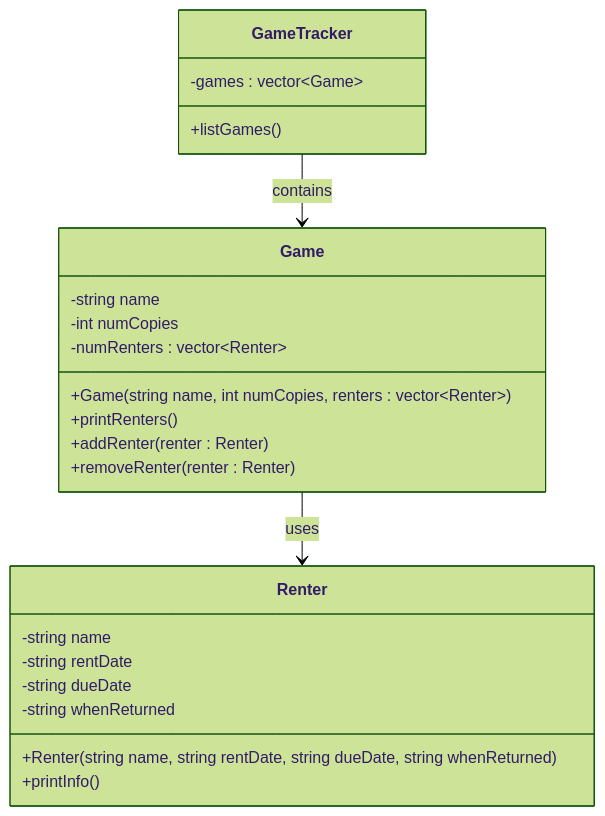
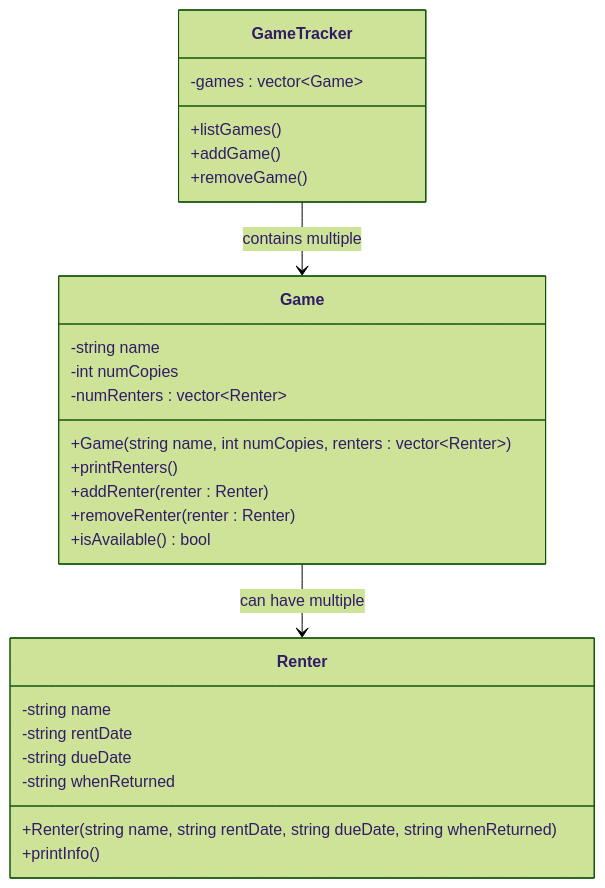
Before and after one commit to IsaacFredricks/cpsc2376-fredricks: the diagram in practice/practice11/design.md, drawn with Mermaid (forest theme). The commit also changed other lines of this file, not shown here.

Commit message:
Update design.md added some functions to practice 11

````diff
--- a/practice/practice11/design.md
+++ b/practice/practice11/design.md
@@ -49,33 +52,37 @@
 ```mermaid
 classDiagram
     class GameTracker {
         -games : vector~Game~
 
         +listGames()
+        +addGame()
+        +removeGame()
     }
 
     class Game {
         -string name
         -int numCopies
         -numRenters : vector~Renter~
 
         +Game(string name, int numCopies, renters : vector~Renter~)
         +printRenters()
         +addRenter(renter : Renter)
         +removeRenter(renter : Renter)
+        +isAvailable() bool
     }
 
     class Renter{
         -string name
         -string rentDate
         -string dueDate
         -string whenReturned
 
 
         +Renter(string name, string rentDate, string dueDate, string whenReturned)
         +printInfo()
     }
 
-GameTracker --> Game : contains
-Game --> Renter : uses
+LR
+GameTracker --> Game : contains multiple
+Game --> Renter : can have multiple
 ```
````
